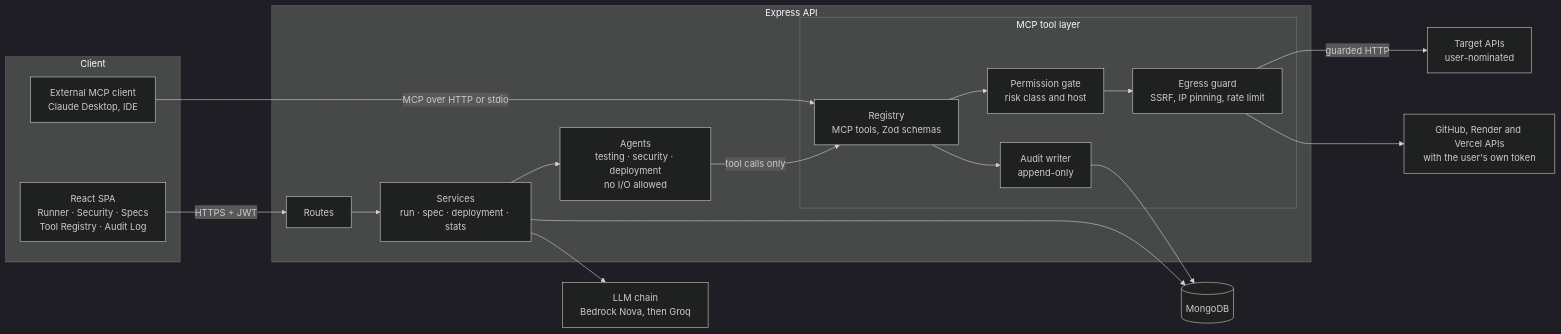
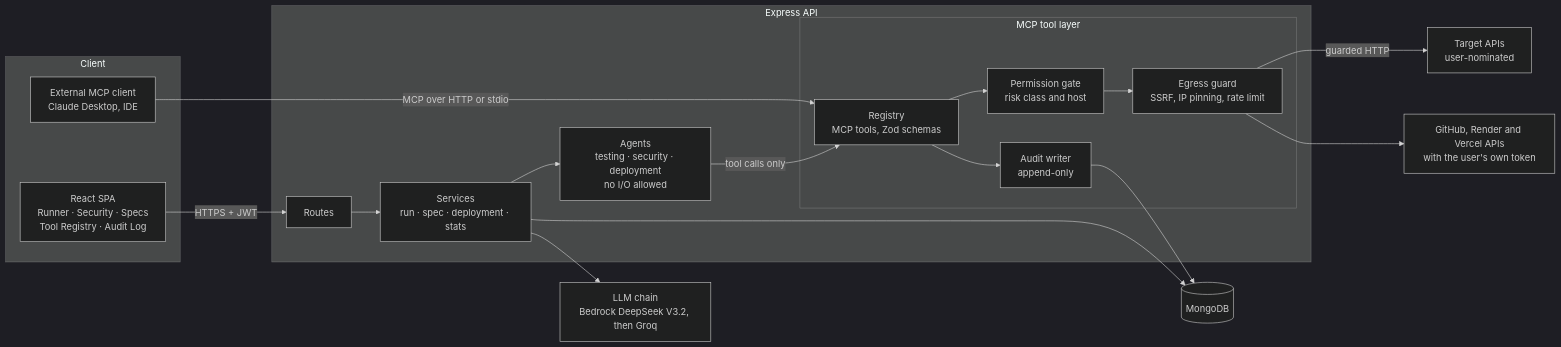
The first of 2 diagrams in README.md (adarshcod30/AGENTIQ), drawn with Mermaid (dark theme) before and after one commit. The commit also changed other lines of this file and 1 other file, not shown here.

````diff
--- a/README.md
+++ b/README.md
@@ -230,31 +230,31 @@
 ```mermaid
 flowchart LR
     subgraph Client
         UI["React SPA<br/>Runner · Security · Specs<br/>Tool Registry · Audit Log"]
         EXT["External MCP client<br/>Claude Desktop, IDE"]
     end
 
     subgraph API["Express API"]
         R["Routes"]
         SV["Services<br/>run · spec · deployment · stats"]
         AG["Agents<br/>testing · security · deployment<br/>no I/O allowed"]
         subgraph MCP["MCP tool layer"]
             REG["Registry<br/>MCP tools, Zod schemas"]
             PERM["Permission gate<br/>risk class and host"]
             EG["Egress guard<br/>SSRF, IP pinning, rate limit"]
             AUD["Audit writer<br/>append-only"]
         end
     end
 
     UI -- "HTTPS + JWT" --> R
     EXT -- "MCP over HTTP or stdio" --> REG
     R --> SV --> AG
     AG -- "tool calls only" --> REG
     REG --> PERM --> EG
     EG -- "guarded HTTP" --> TGT["Target APIs<br/>user-nominated"]
     EG --> EXTAPI["GitHub, Render and Vercel APIs<br/>with the user's own token"]
     REG --> AUD
-    SV --> LLM["LLM chain<br/>Bedrock Nova, then Groq"]
+    SV --> LLM["LLM chain<br/>Bedrock DeepSeek V3.2, then Groq"]
     SV --> DB[("MongoDB")]
     AUD --> DB
 ```
````
